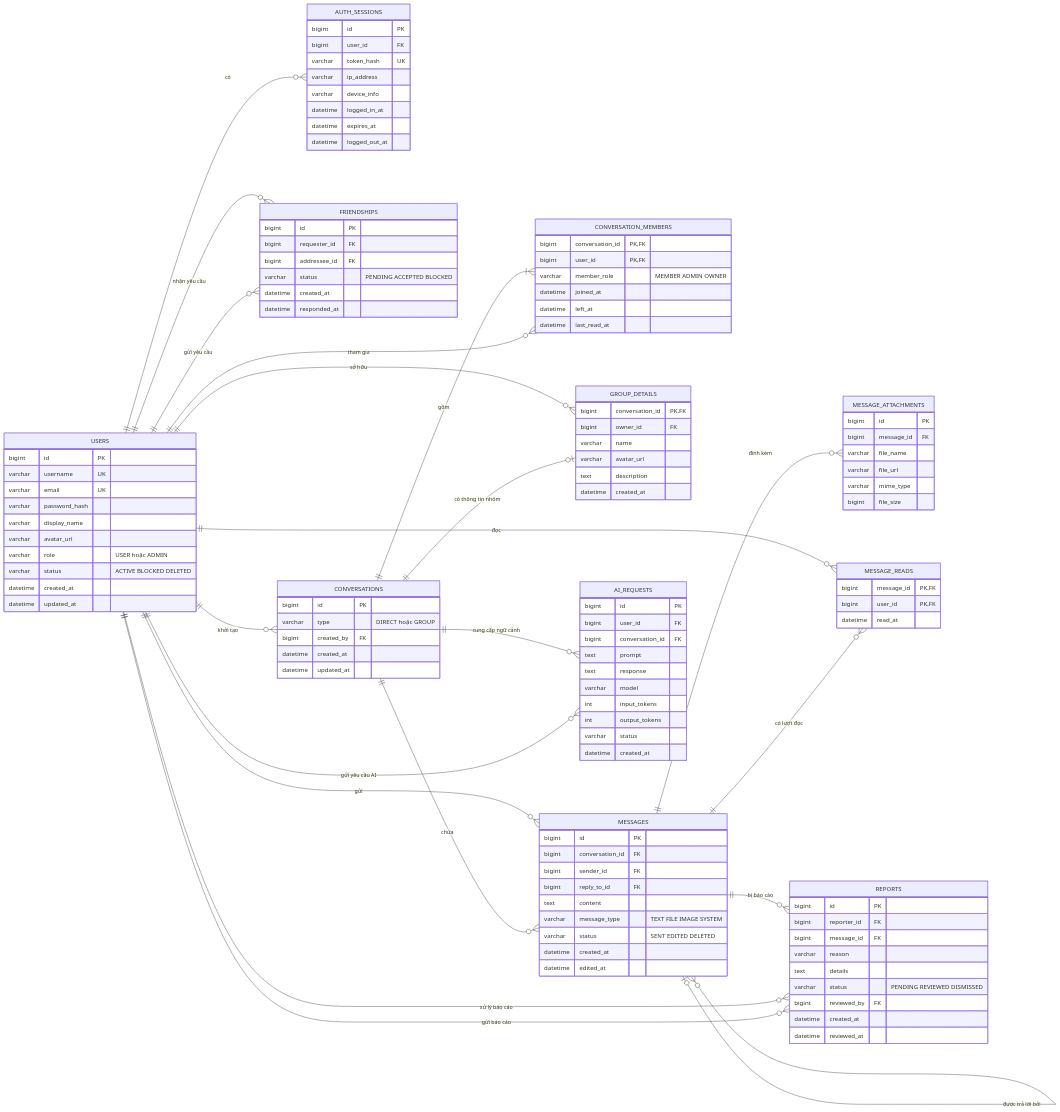
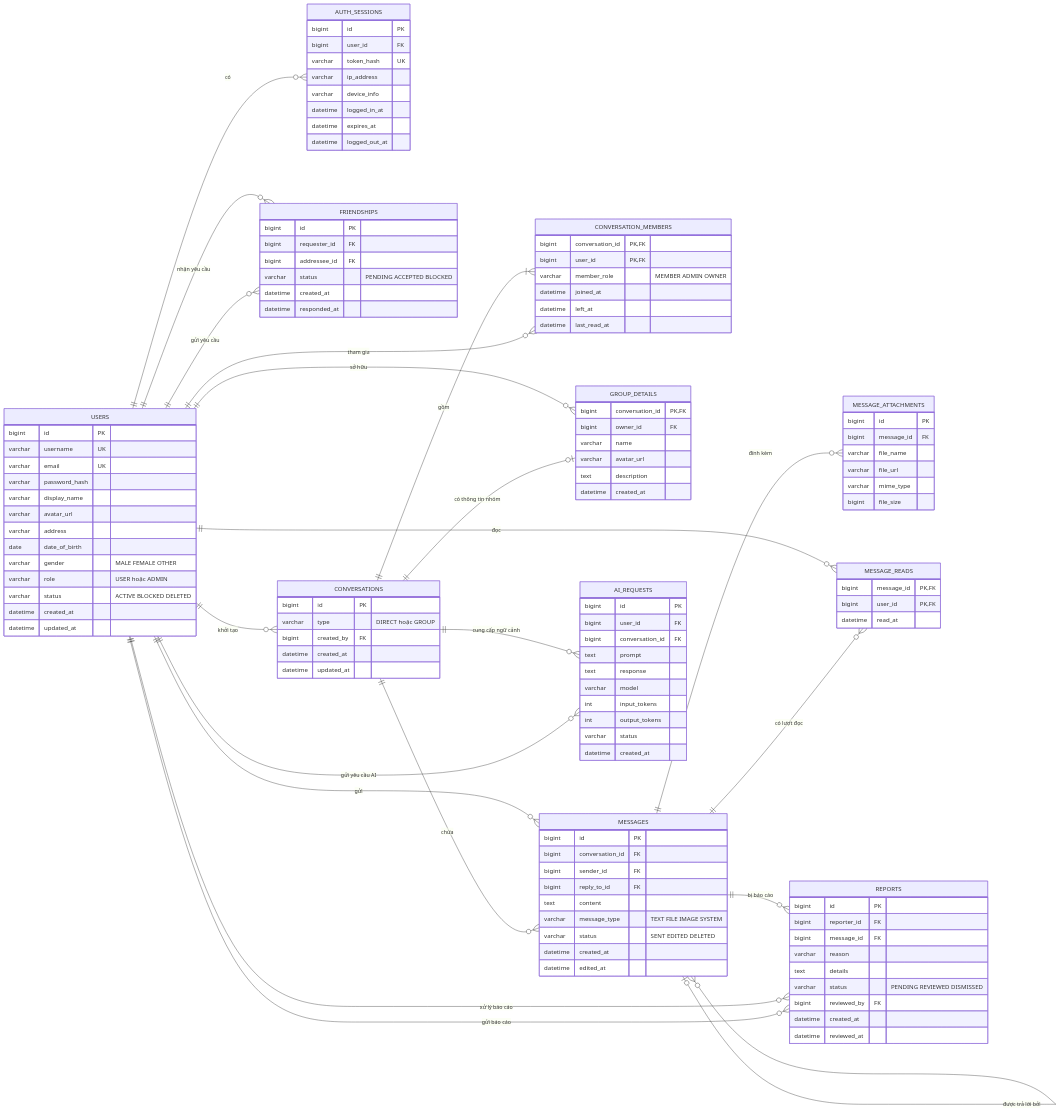
The diagram in docs/database/erd.md (FXSeaCow/Java_Chat_System), drawn with Mermaid before and after one commit. The commit also changed other lines of this file and 19 other files, not shown here.

```diff
--- a/docs/database/erd.md
+++ b/docs/database/erd.md
@@ -40,6 +40,9 @@
         varchar password_hash
         varchar display_name
         varchar avatar_url
+        varchar address
+        date date_of_birth
+        varchar gender "MALE FEMALE OTHER"
         varchar role "USER hoặc ADMIN"
         varchar status "ACTIVE BLOCKED DELETED"
         datetime created_at
```
